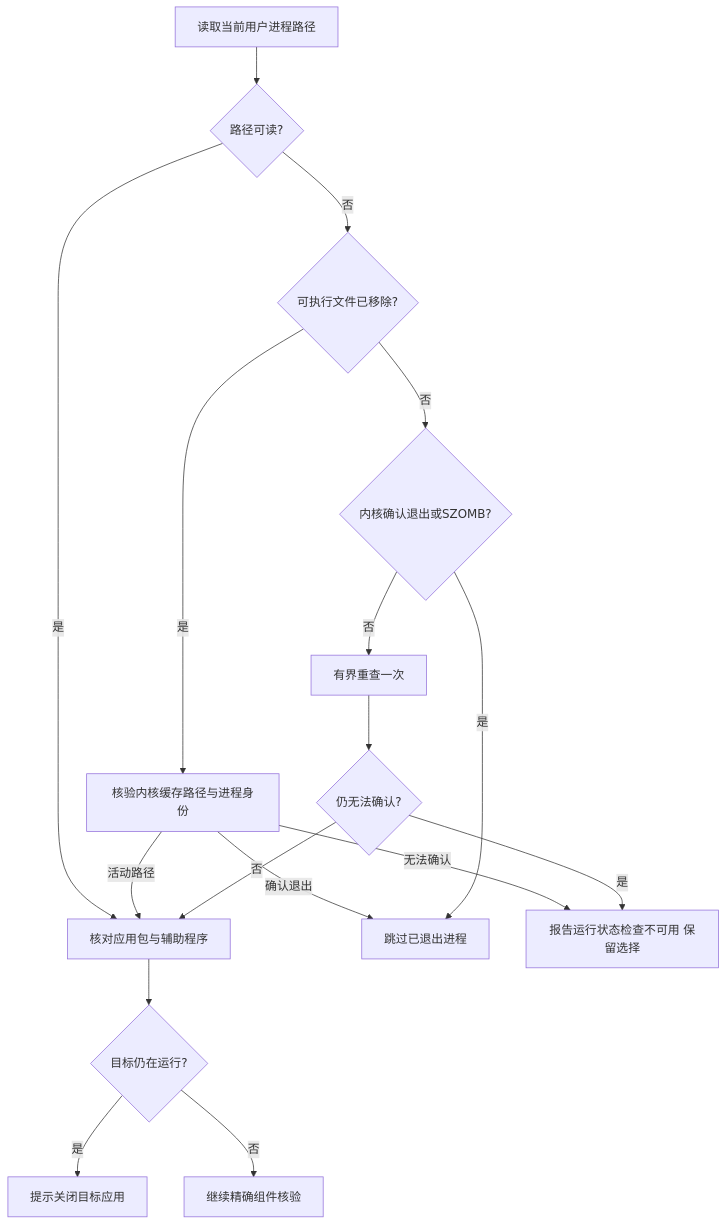
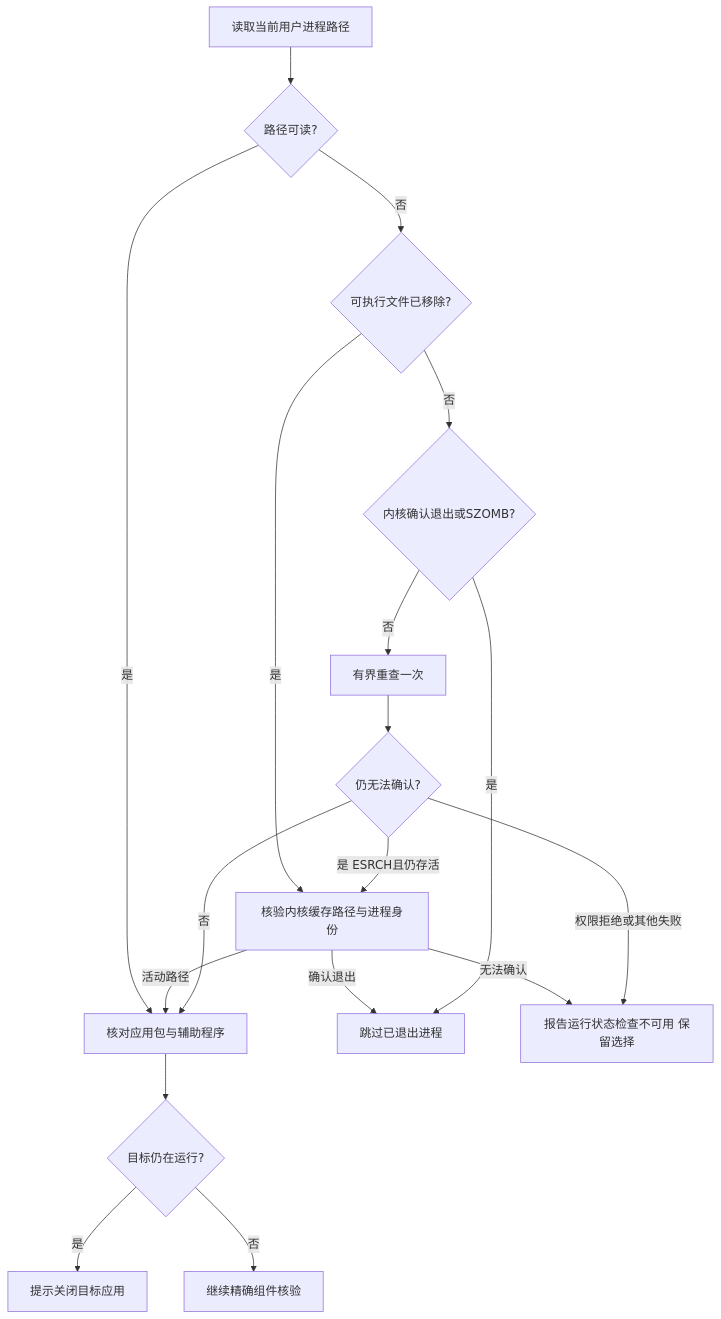
One commit to limecloud/shou changed diagram 11 of 11 in docs/zh-CN/product/application-uninstall.md. Above: the diagram before and after it, drawn with Mermaid. The commit also changed other lines of this file and 63 other files, not shown here.

````diff
--- a/docs/zh-CN/product/application-uninstall.md
+++ b/docs/zh-CN/product/application-uninstall.md
@@ -350,19 +352,20 @@
 ```mermaid
 flowchart TD
   PID[读取当前用户进程路径] --> Path{路径可读?}
   Path -->|是| Match[核对应用包与辅助程序]
   Path -->|否| Missing{可执行文件已移除?}
   Missing -->|是| Cached[核验内核缓存路径与进程身份]
   Cached -->|活动路径| Match
   Cached -->|确认退出| Skip
   Cached -->|无法确认| Block
   Missing -->|否| Kernel{内核确认退出或SZOMB?}
   Kernel -->|是| Skip[跳过已退出进程]
   Kernel -->|否| Retry[有界重查一次]
   Retry --> Unknown{仍无法确认?}
-  Unknown -->|是| Block[报告运行状态检查不可用 保留选择]
+  Unknown -->|是 ESRCH且仍存活| Cached
+  Unknown -->|权限拒绝或其他失败| Block[报告运行状态检查不可用 保留选择]
   Unknown -->|否| Match
   Match --> Active{目标仍在运行?}
   Active -->|是| Quit[提示关闭目标应用]
   Active -->|否| Continue[继续精确组件核验]
 ```
````
